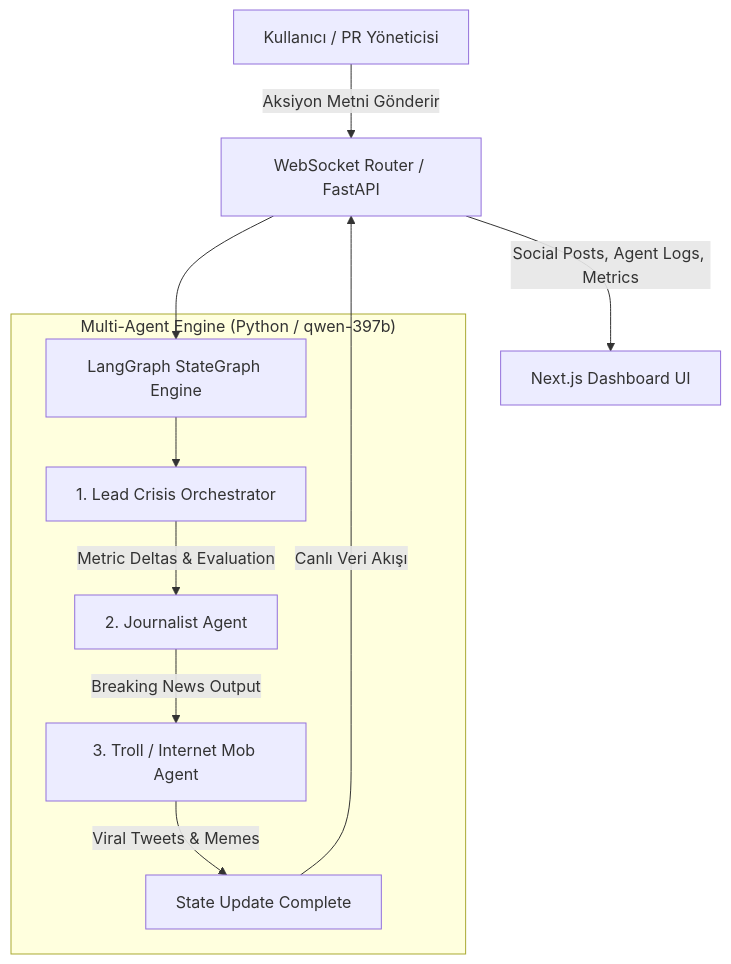
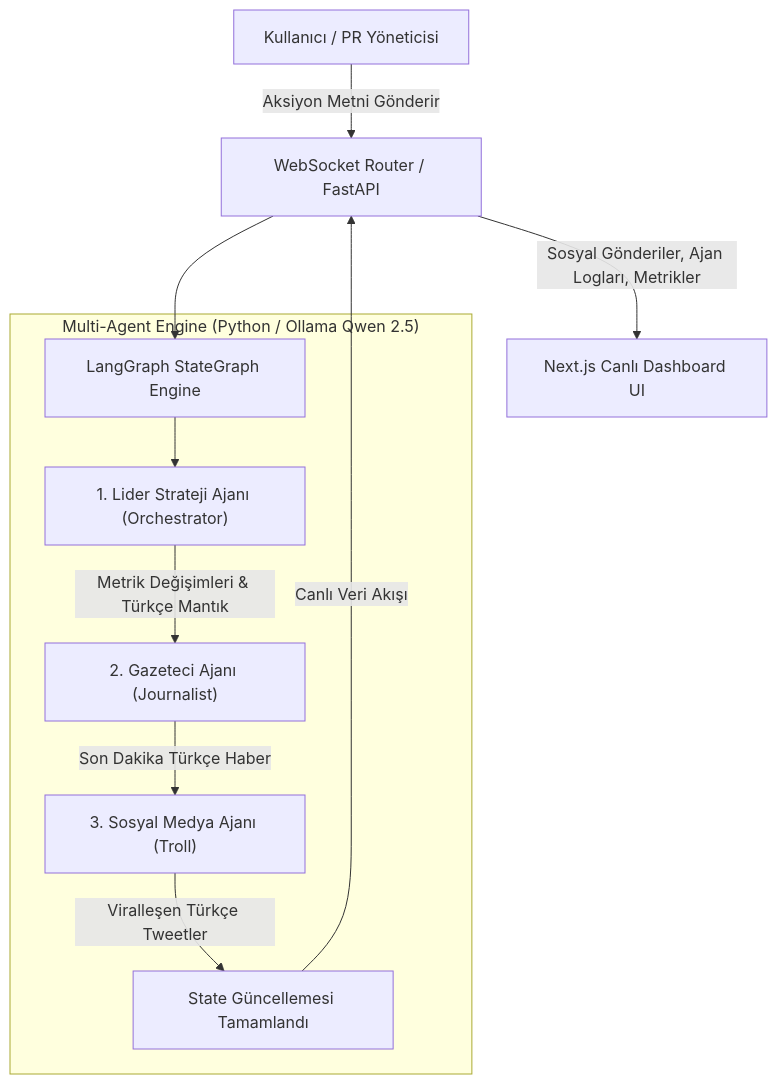
The diagram in README.md (zynpirmadgzl/dont-panic-simulator), drawn with Mermaid before and after one commit. The commit also changed other lines of this file and 7 other files, not shown here.

````diff
--- a/README.md
+++ b/README.md
@@ -34,15 +37,15 @@
 ```mermaid
 graph TD
     A["Kullanıcı / PR Yöneticisi"] -->|Aksiyon Metni Gönderir| B["WebSocket Router / FastAPI"]
     B --> C["LangGraph StateGraph Engine"]
     
-    subgraph MultiAgentEngine["Multi-Agent Engine (Python / qwen-397b)"]
-        C --> D["1. Lead Crisis Orchestrator"]
-        D -->|Metric Deltas & Evaluation| E["2. Journalist Agent"]
-        E -->|Breaking News Output| F["3. Troll / Internet Mob Agent"]
-        F -->|Viral Tweets & Memes| G["State Update Complete"]
+    subgraph MultiAgentEngine["Multi-Agent Engine (Python / Ollama Qwen 2.5)"]
+        C --> D["1. Lider Strateji Ajanı (Orchestrator)"]
+        D -->|Metrik Değişimleri & Türkçe Mantık| E["2. Gazeteci Ajanı (Journalist)"]
+        E -->|Son Dakika Türkçe Haber| F["3. Sosyal Medya Ajanı (Troll)"]
+        F -->|Viralleşen Türkçe Tweetler| G["State Güncellemesi Tamamlandı"]
     end
     
     G -->|Canlı Veri Akışı| B
-    B -->|Social Posts, Agent Logs, Metrics| H["Next.js Dashboard UI"]
+    B -->|Sosyal Gönderiler, Ajan Logları, Metrikler| H["Next.js Canlı Dashboard UI"]
 ```
````
